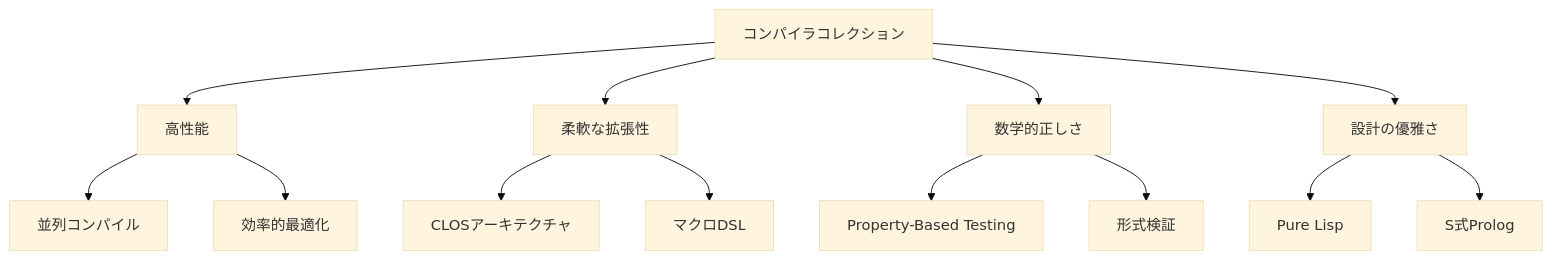
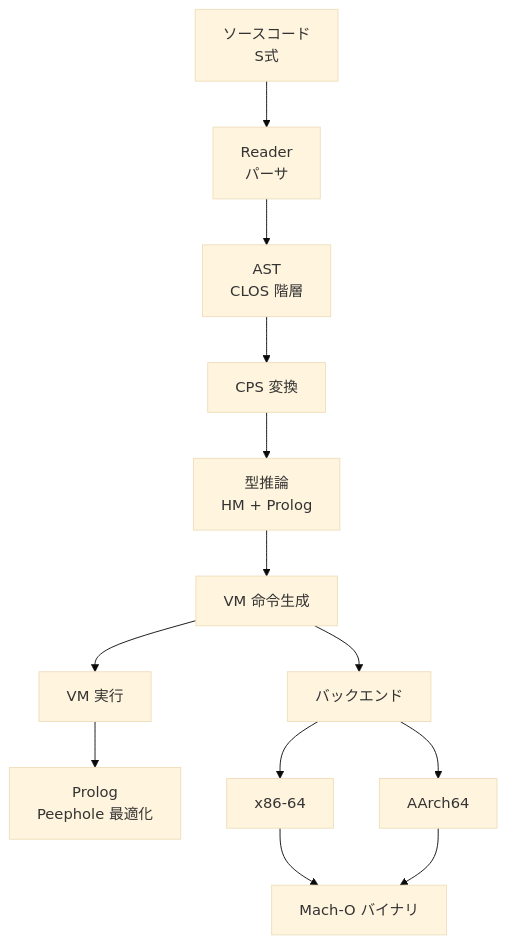
Before and after one commit to takeokunn/cl-cc: the first of 5 diagrams in docs/ARCHITECTURE.md, drawn with Mermaid (base theme). The commit also changed other lines of this file and 109 other files, not shown here.

````diff
--- a/docs/ARCHITECTURE.md
+++ b/docs/ARCHITECTURE.md
@@ -11,21 +20,15 @@
 ```mermaid
 graph TB
-    VISION[コンパイラコレクション]
-
-    VISION --> PERF[高性能]
-    VISION --> EXT[柔軟な拡張性]
-    VISION --> CORRECT[数学的正しさ]
-    VISION --> ELEGANT[設計の優雅さ]
-
-    PERF --> PARA[並列コンパイル]
-    PERF --> OPT[効率的最適化]
-
-    EXT --> CLOS[CLOSアーキテクチャ]
-    EXT --> MACRO[マクロDSL]
-
-    CORRECT --> PBT[Property-Based Testing]
-    CORRECT --> FORMAL[形式検証]
-
-    ELEGANT --> PURE[Pure Lisp]
-    ELEGANT --> PROLOG[S式Prolog]
+    A[ソースコード<br/>S式] --> B[Reader<br/>パーサ]
+    B --> C[AST<br/>CLOS 階層]
+    C --> D[CPS 変換]
+    D --> E[型推論<br/>HM + Prolog]
+    E --> F[VM 命令生成]
+    F --> G[VM 実行]
+    G --> H[Prolog<br/>Peephole 最適化]
+    F --> I[バックエンド]
+    I --> J[x86-64]
+    I --> K[AArch64]
+    J --> L[Mach-O バイナリ]
+    K --> L
 ```
````
